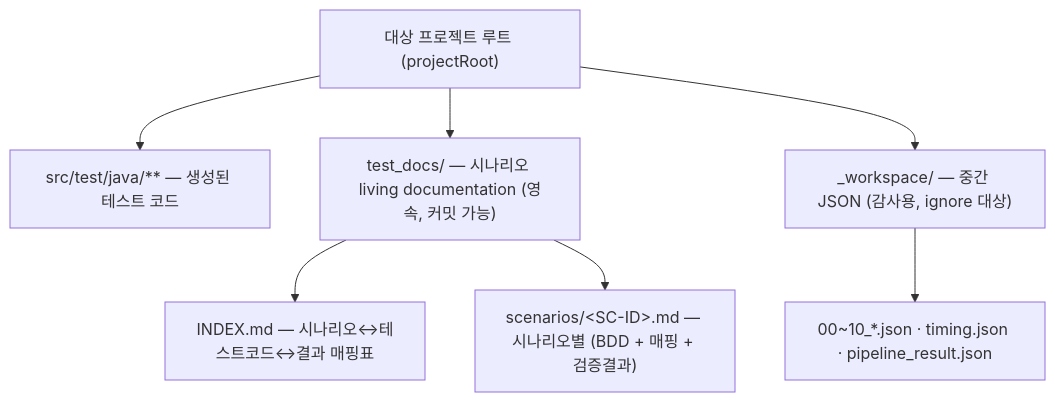
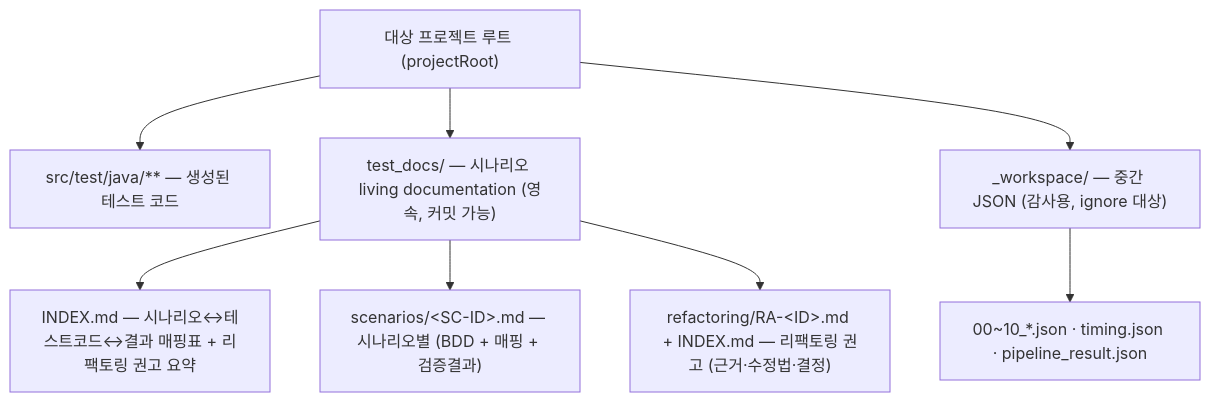
One commit to 1223v/test-autoevermation-harness changed the seventh of 7 diagrams in spring-test-harness-plugin/docs/pipeline-flow.md. Above: the diagram before and after it, drawn with Mermaid. The commit also changed other lines of this file and 14 other files, not shown here.

````diff
--- a/spring-test-harness-plugin/docs/pipeline-flow.md
+++ b/spring-test-harness-plugin/docs/pipeline-flow.md
@@ -189,10 +225,11 @@
 ```mermaid
 flowchart TD
     Root["대상 프로젝트 루트 (projectRoot)"]
     Root --> Src["src/test/java/** — 생성된 테스트 코드"]
     Root --> Docs["test_docs/ — 시나리오 living documentation (영속, 커밋 가능)"]
-    Docs --> Index["INDEX.md — 시나리오↔테스트코드↔결과 매핑표"]
+    Docs --> Index["INDEX.md — 시나리오↔테스트코드↔결과 매핑표 + 리팩토링 권고 요약"]
     Docs --> Scn["scenarios/&lt;SC-ID&gt;.md — 시나리오별 (BDD + 매핑 + 검증결과)"]
+    Docs --> Ra["refactoring/RA-&lt;ID&gt;.md + INDEX.md — 리팩토링 권고 (근거·수정법·결정)"]
     Root --> Ws["_workspace/ — 중간 JSON (감사용, ignore 대상)"]
     Ws --> Wsj["00~10_*.json · timing.json · pipeline_result.json"]
 ```
````
